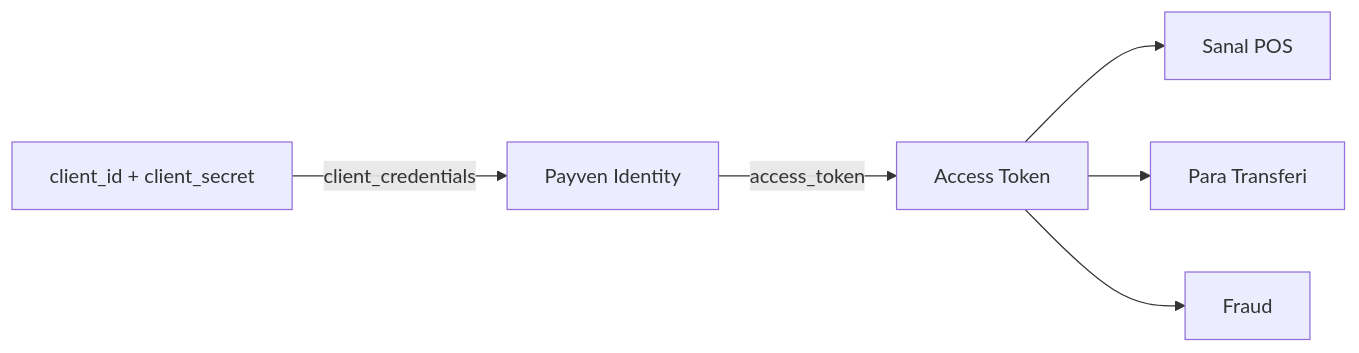
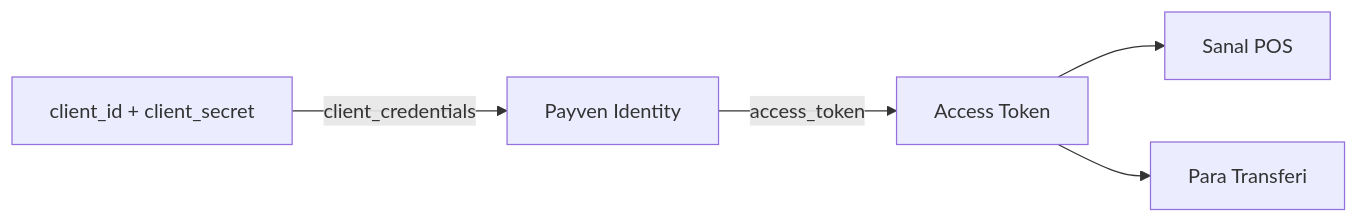
Before and after one commit to payment-pos/mintlify: the diagram in documentation/account-model.mdx, drawn with Mermaid. The commit also changed 5 other files, not shown here.

````diff
--- a/documentation/account-model.mdx
+++ b/documentation/account-model.mdx
@@ -81,8 +81,7 @@
 ```mermaid
 flowchart LR
     Key["client_id + client_secret"] -->|"client_credentials"| Identity["Payven Identity"]
     Identity -->|"access_token"| Token["Access Token"]
     Token --> VPOS["Sanal POS"]
     Token --> Transfer["Para Transferi"]
-    Token --> Fraud["Fraud"]
 ```
````
